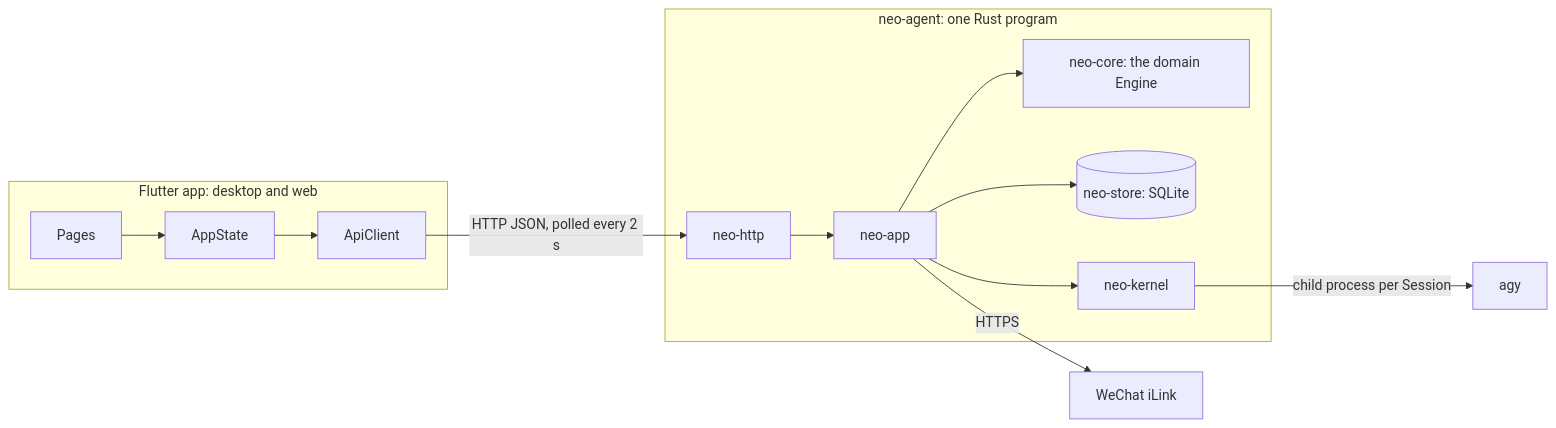
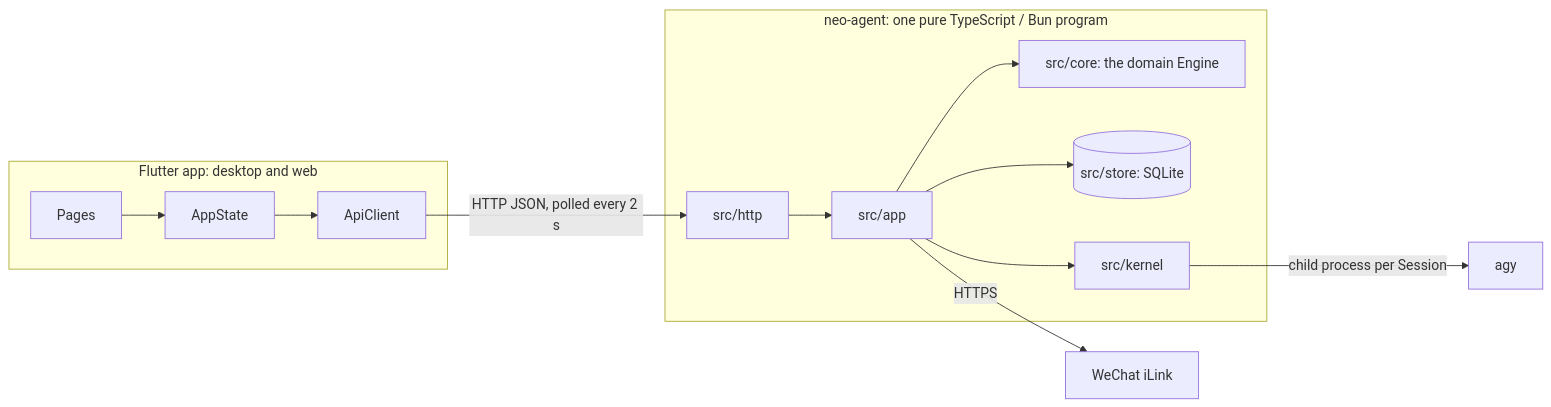
One commit to xbhuang1994/neo changed the diagram in docs/007-architecture.md. Above: the diagram before and after it, drawn with Mermaid. The commit also changed other lines of this file and 204 other files, not shown here.

````diff
--- a/docs/007-architecture.md
+++ b/docs/007-architecture.md
@@ -7,15 +7,15 @@
 ```mermaid
 flowchart LR
   subgraph app [Flutter app: desktop and web]
     UI[Pages] --> State[AppState] --> Client[ApiClient]
   end
-  Client -->|HTTP JSON, polled every 2 s| HTTP[neo-http]
-  subgraph backend [neo-agent: one Rust program]
-    HTTP --> App[neo-app]
-    App --> Core[neo-core: the domain Engine]
-    App --> Store[(neo-store: SQLite)]
-    App --> Kernel[neo-kernel]
+  Client -->|HTTP JSON, polled every 2 s| HTTP[src/http]
+  subgraph backend [neo-agent: one pure TypeScript / Bun program]
+    HTTP --> App[src/app]
+    App --> Core[src/core: the domain Engine]
+    App --> Store[(src/store: SQLite)]
+    App --> Kernel[src/kernel]
   end
   Kernel -->|child process per Session| AGY[agy]
   App -->|HTTPS| WeChat[WeChat iLink]
 ```
````
